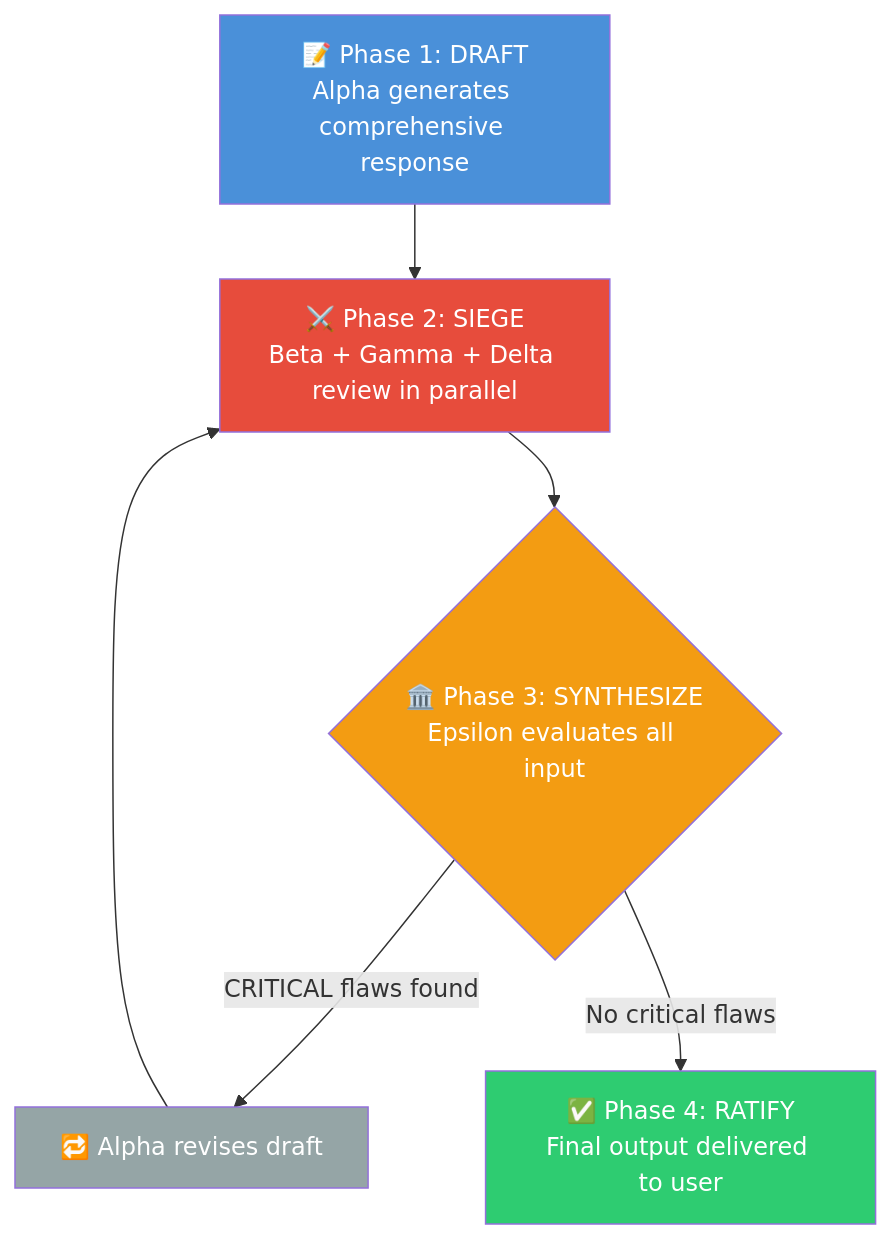
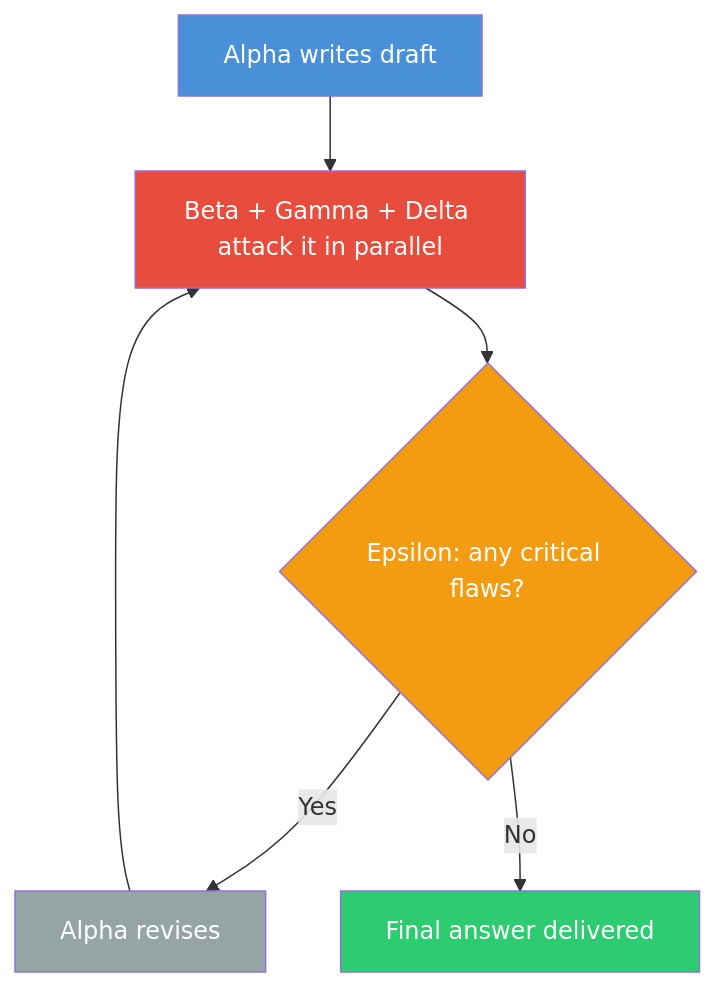
The diagram in README.md (Sentry01/LLMCouncil), drawn with Mermaid before and after one commit. The commit also changed other lines of this file, not shown here.

````diff
--- a/README.md
+++ b/README.md
@@ -64,14 +37,14 @@
 ```mermaid
 flowchart TD
-    A["📝 Phase 1: DRAFT\nAlpha generates comprehensive response"] --> B["⚔️ Phase 2: SIEGE\nBeta + Gamma + Delta review in parallel"]
-    B --> C{"🏛️ Phase 3: SYNTHESIZE\nEpsilon evaluates all input"}
-    C -->|"CRITICAL flaws found"| D["🔁 Alpha revises draft"]
+    A["Alpha writes draft"] --> B["Beta + Gamma + Delta attack it in parallel"]
+    B --> C{"Epsilon: any critical flaws?"}
+    C -->|"Yes"| D["Alpha revises"]
     D --> B
-    C -->|"No critical flaws"| E["✅ Phase 4: RATIFY\nFinal output delivered to user"]
+    C -->|"No"| E["Final answer delivered"]
 
     style A fill:#4a90d9,color:#fff
     style B fill:#e74c3c,color:#fff
     style C fill:#f39c12,color:#fff
     style D fill:#95a5a6,color:#fff
     style E fill:#2ecc71,color:#fff
 ```
````
